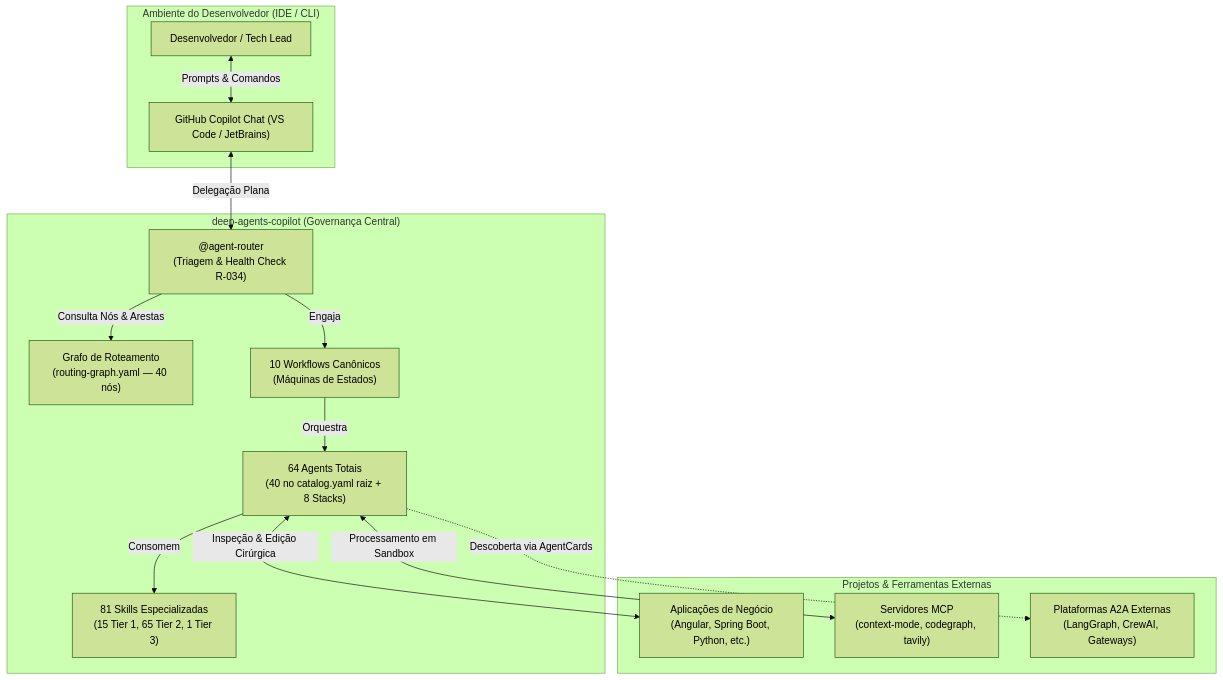
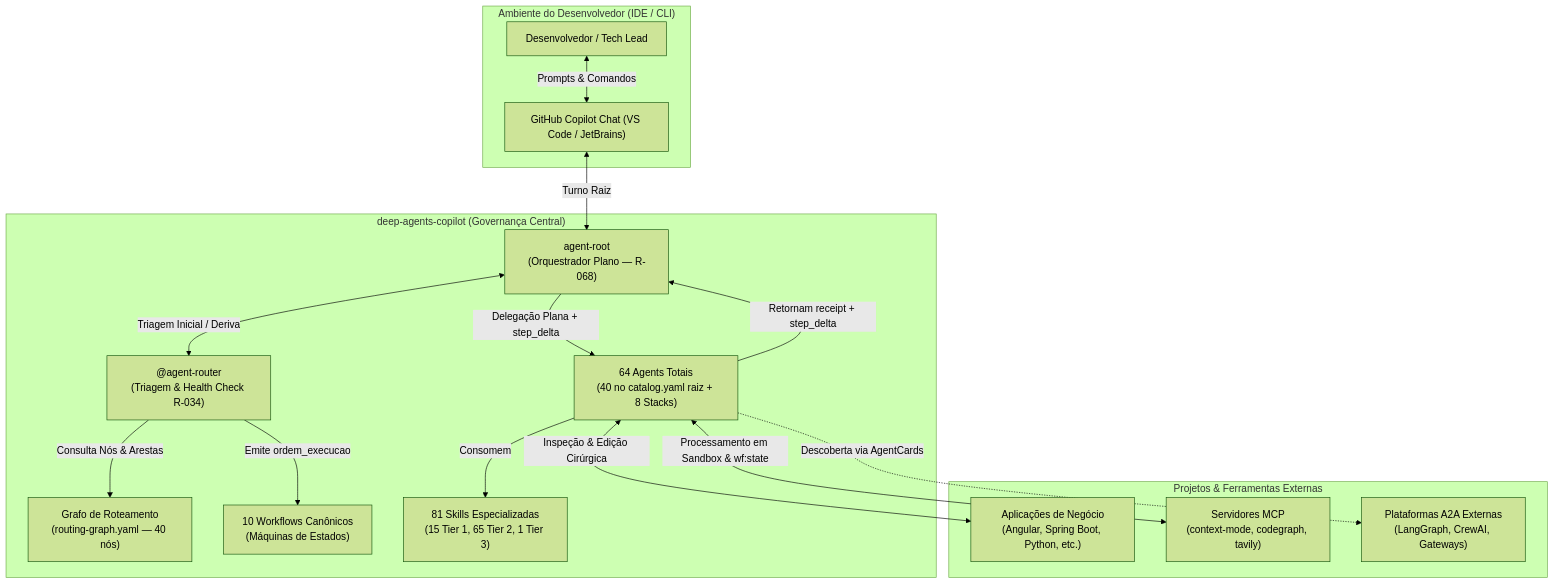
Before and after one commit to jezreel8858/deep-agents-copilot: the first of 5 diagrams in docs/architecture/ARCHITECTURE_AND_GOVERNANCE_GUIDE.md, drawn with Mermaid (forest theme). The commit also changed other lines of this file and 105 other files, not shown here.

````diff
--- a/docs/architecture/ARCHITECTURE_AND_GOVERNANCE_GUIDE.md
+++ b/docs/architecture/ARCHITECTURE_AND_GOVERNANCE_GUIDE.md
@@ -48,31 +50,34 @@
 ```mermaid
 flowchart TB
     subgraph Host["Ambiente do Desenvolvedor (IDE / CLI)"]
         User["Desenvolvedor / Tech Lead"]
         Copilot["GitHub Copilot Chat (VS Code / JetBrains)"]
     end
 
     subgraph DeepAgents["deep-agents-copilot (Governança Central)"]
+        Root["agent-root\n(Orquestrador Plano — R-068)"]
         Router["@agent-router\n(Triagem & Health Check R-034)"]
         Graph["Grafo de Roteamento\n(routing-graph.yaml — 40 nós)"]
         Workflows["10 Workflows Canônicos\n(Máquinas de Estados)"]
         Agents["64 Agents Totais\n(40 no catalog.yaml raiz + 8 Stacks)"]
         Skills["81 Skills Especializadas\n(15 Tier 1, 65 Tier 2, 1 Tier 3)"]
     end
 
     subgraph External["Projetos & Ferramentas Externas"]
         LocalApps["Aplicações de Negócio\n(Angular, Spring Boot, Python, etc.)"]
         MCP["Servidores MCP\n(context-mode, codegraph, tavily)"]
         A2A["Plataformas A2A Externas\n(LangGraph, CrewAI, Gateways)"]
     end
 
     User <-->|Prompts & Comandos| Copilot
-    Copilot <-->|Delegação Plana| Router
+    Copilot <-->|Turno Raiz| Root
+    Root <-->|Triagem Inicial / Deriva| Router
     Router -->|Consulta Nós & Arestas| Graph
-    Router -->|Engaja| Workflows
-    Workflows -->|Orquestra| Agents
+    Router -->|Emite ordem_execucao| Workflows
+    Root -->|Delegação Plana + step_delta| Agents
+    Agents -->|Retornam receipt + step_delta| Root
     Agents -->|Consomem| Skills
     Agents <-->|Inspeção & Edição Cirúrgica| LocalApps
-    Agents <-->|Processamento em Sandbox| MCP
+    Agents <-->|Processamento em Sandbox & wf:state| MCP
     Agents -.->|Descoberta via AgentCards| A2A
 ```
````
